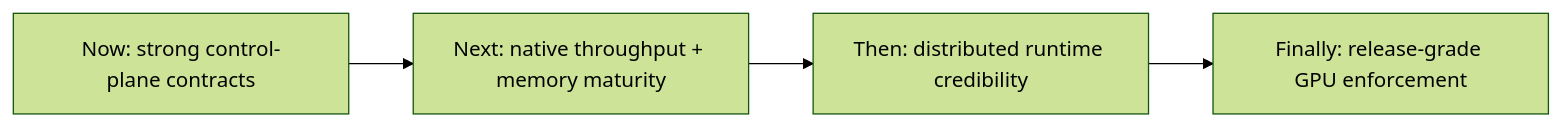
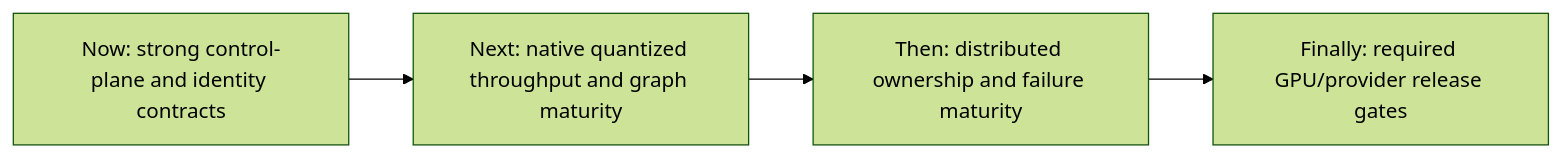
The diagram in docs/Roadmap.md (vjsingh1984/inferflux), drawn with Mermaid (forest theme) before and after one commit. The commit also changed other lines of this file and 13 other files, not shown here.

````diff
--- a/docs/Roadmap.md
+++ b/docs/Roadmap.md
@@ -7,6 +7,6 @@
 ```mermaid
 flowchart LR
-    A[Now: strong control-plane contracts] --> B[Next: native throughput + memory maturity]
-    B --> C[Then: distributed runtime credibility]
-    C --> D[Finally: release-grade GPU enforcement]
+    A[Now: strong control-plane and identity contracts] --> B[Next: native quantized throughput and graph maturity]
+    B --> C[Then: distributed ownership and failure maturity]
+    C --> D[Finally: required GPU/provider release gates]
 ```
````
